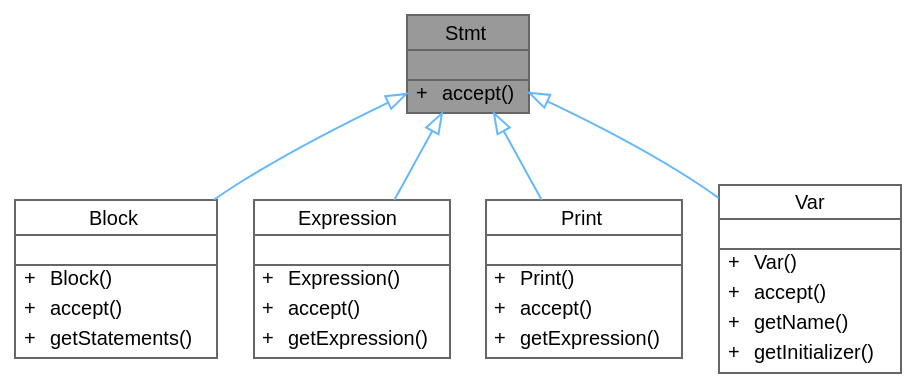
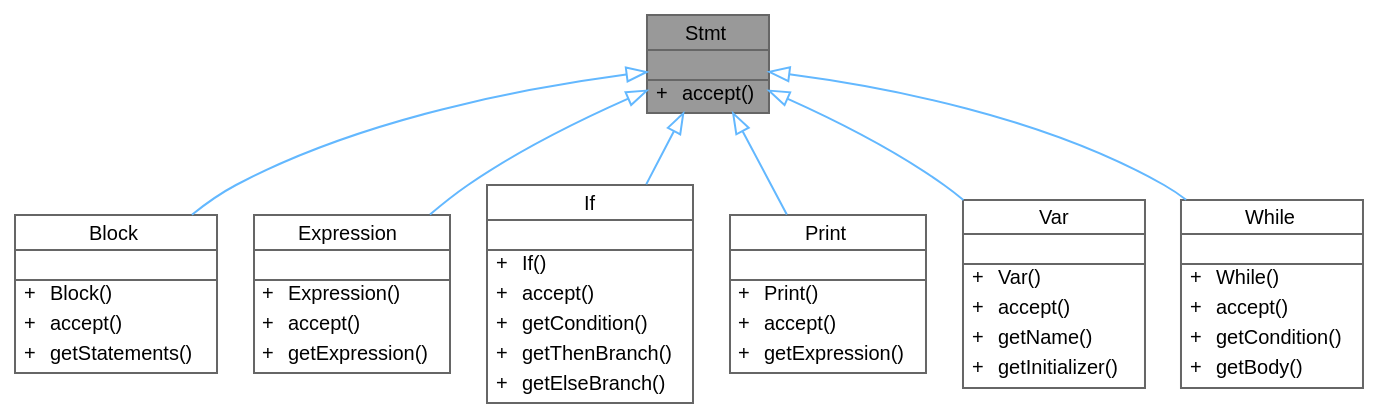
Before and after one commit to helcsnewsxd/gsc-interpreter: the diagram in classStmt__inherit__graph.dot, drawn with Graphviz. The commit also changed 87 other files, not shown here.

```diff
--- a/classStmt__inherit__graph.dot
+++ b/classStmt__inherit__graph.dot
@@ -1,55 +1,78 @@
 digraph "Stmt"
 {
  // LATEX_PDF_SIZE
   bgcolor="transparent";
   edge [fontname=Helvetica,fontsize=10,labelfontname=Helvetica,labelfontsize=10];
   node [fontname=Helvetica,fontsize=10,shape=box,height=0.2,width=0.4];
   Node1 [id="Node000001",shape=plain,label=<<TABLE CELLBORDER="0" BORDER="1"><TR><TD COLSPAN="2" CELLPADDING="1" CELLSPACING="0">Stmt</TD></TR>
 <HR/>
 <TR><TD COLSPAN="2" CELLPADDING="1" CELLSPACING="0">&nbsp;</TD></TR>
 <HR/>
 <TR><TD VALIGN="top" CELLPADDING="1" CELLSPACING="0">+</TD><TD VALIGN="top" ALIGN="LEFT" CELLPADDING="1" CELLSPACING="0">accept()<BR ALIGN="LEFT"/></TD></TR>
 </TABLE>>
 ,height=0.2,width=0.4,color="gray40", fillcolor="grey60", style="filled", fontcolor="black",tooltip="Abstract base class for statements."];
   Node1 -> Node2 [id="edge1_Node000001_Node000002",dir="back",color="steelblue1",style="solid",tooltip=" ",arrowtail="onormal"];
   Node2 [id="Node000002",shape=plain,label=<<TABLE CELLBORDER="0" BORDER="1"><TR><TD COLSPAN="2" CELLPADDING="1" CELLSPACING="0">Block</TD></TR>
 <HR/>
 <TR><TD COLSPAN="2" CELLPADDING="1" CELLSPACING="0">&nbsp;</TD></TR>
 <HR/>
 <TR><TD VALIGN="top" CELLPADDING="1" CELLSPACING="0">+</TD><TD VALIGN="top" ALIGN="LEFT" CELLPADDING="1" CELLSPACING="0">Block()<BR ALIGN="LEFT"/></TD></TR>
 <TR><TD VALIGN="top" CELLPADDING="1" CELLSPACING="0">+</TD><TD VALIGN="top" ALIGN="LEFT" CELLPADDING="1" CELLSPACING="0">accept()<BR ALIGN="LEFT"/></TD></TR>
 <TR><TD VALIGN="top" CELLPADDING="1" CELLSPACING="0">+</TD><TD VALIGN="top" ALIGN="LEFT" CELLPADDING="1" CELLSPACING="0">getStatements()<BR ALIGN="LEFT"/></TD></TR>
 </TABLE>>
 ,height=0.2,width=0.4,color="gray40", fillcolor="white", style="filled",URL="$classBlock.html",tooltip="Represents a block of statements."];
   Node1 -> Node3 [id="edge2_Node000001_Node000003",dir="back",color="steelblue1",style="solid",tooltip=" ",arrowtail="onormal"];
   Node3 [id="Node000003",shape=plain,label=<<TABLE CELLBORDER="0" BORDER="1"><TR><TD COLSPAN="2" CELLPADDING="1" CELLSPACING="0">Expression</TD></TR>
 <HR/>
 <TR><TD COLSPAN="2" CELLPADDING="1" CELLSPACING="0">&nbsp;</TD></TR>
 <HR/>
 <TR><TD VALIGN="top" CELLPADDING="1" CELLSPACING="0">+</TD><TD VALIGN="top" ALIGN="LEFT" CELLPADDING="1" CELLSPACING="0">Expression()<BR ALIGN="LEFT"/></TD></TR>
 <TR><TD VALIGN="top" CELLPADDING="1" CELLSPACING="0">+</TD><TD VALIGN="top" ALIGN="LEFT" CELLPADDING="1" CELLSPACING="0">accept()<BR ALIGN="LEFT"/></TD></TR>
 <TR><TD VALIGN="top" CELLPADDING="1" CELLSPACING="0">+</TD><TD VALIGN="top" ALIGN="LEFT" CELLPADDING="1" CELLSPACING="0">getExpression()<BR ALIGN="LEFT"/></TD></TR>
 </TABLE>>
 ,height=0.2,width=0.4,color="gray40", fillcolor="white", style="filled",URL="$classExpression.html",tooltip="Represents an expression statement."];
   Node1 -> Node4 [id="edge3_Node000001_Node000004",dir="back",color="steelblue1",style="solid",tooltip=" ",arrowtail="onormal"];
-  Node4 [id="Node000004",shape=plain,label=<<TABLE CELLBORDER="0" BORDER="1"><TR><TD COLSPAN="2" CELLPADDING="1" CELLSPACING="0">Print</TD></TR>
+  Node4 [id="Node000004",shape=plain,label=<<TABLE CELLBORDER="0" BORDER="1"><TR><TD COLSPAN="2" CELLPADDING="1" CELLSPACING="0">If</TD></TR>
+<HR/>
+<TR><TD COLSPAN="2" CELLPADDING="1" CELLSPACING="0">&nbsp;</TD></TR>
+<HR/>
+<TR><TD VALIGN="top" CELLPADDING="1" CELLSPACING="0">+</TD><TD VALIGN="top" ALIGN="LEFT" CELLPADDING="1" CELLSPACING="0">If()<BR ALIGN="LEFT"/></TD></TR>
+<TR><TD VALIGN="top" CELLPADDING="1" CELLSPACING="0">+</TD><TD VALIGN="top" ALIGN="LEFT" CELLPADDING="1" CELLSPACING="0">accept()<BR ALIGN="LEFT"/></TD></TR>
+<TR><TD VALIGN="top" CELLPADDING="1" CELLSPACING="0">+</TD><TD VALIGN="top" ALIGN="LEFT" CELLPADDING="1" CELLSPACING="0">getCondition()<BR ALIGN="LEFT"/></TD></TR>
+<TR><TD VALIGN="top" CELLPADDING="1" CELLSPACING="0">+</TD><TD VALIGN="top" ALIGN="LEFT" CELLPADDING="1" CELLSPACING="0">getThenBranch()<BR ALIGN="LEFT"/></TD></TR>
+<TR><TD VALIGN="top" CELLPADDING="1" CELLSPACING="0">+</TD><TD VALIGN="top" ALIGN="LEFT" CELLPADDING="1" CELLSPACING="0">getElseBranch()<BR ALIGN="LEFT"/></TD></TR>
+</TABLE>>
+,height=0.2,width=0.4,color="gray40", fillcolor="white", style="filled",URL="$classIf.html",tooltip="Represents an if statement."];
+  Node1 -> Node5 [id="edge4_Node000001_Node000005",dir="back",color="steelblue1",style="solid",tooltip=" ",arrowtail="onormal"];
+  Node5 [id="Node000005",shape=plain,label=<<TABLE CELLBORDER="0" BORDER="1"><TR><TD COLSPAN="2" CELLPADDING="1" CELLSPACING="0">Print</TD></TR>
 <HR/>
 <TR><TD COLSPAN="2" CELLPADDING="1" CELLSPACING="0">&nbsp;</TD></TR>
 <HR/>
 <TR><TD VALIGN="top" CELLPADDING="1" CELLSPACING="0">+</TD><TD VALIGN="top" ALIGN="LEFT" CELLPADDING="1" CELLSPACING="0">Print()<BR ALIGN="LEFT"/></TD></TR>
 <TR><TD VALIGN="top" CELLPADDING="1" CELLSPACING="0">+</TD><TD VALIGN="top" ALIGN="LEFT" CELLPADDING="1" CELLSPACING="0">accept()<BR ALIGN="LEFT"/></TD></TR>
 <TR><TD VALIGN="top" CELLPADDING="1" CELLSPACING="0">+</TD><TD VALIGN="top" ALIGN="LEFT" CELLPADDING="1" CELLSPACING="0">getExpression()<BR ALIGN="LEFT"/></TD></TR>
 </TABLE>>
 ,height=0.2,width=0.4,color="gray40", fillcolor="white", style="filled",URL="$classPrint.html",tooltip="Represents a print statement."];
-  Node1 -> Node5 [id="edge4_Node000001_Node000005",dir="back",color="steelblue1",style="solid",tooltip=" ",arrowtail="onormal"];
-  Node5 [id="Node000005",shape=plain,label=<<TABLE CELLBORDER="0" BORDER="1"><TR><TD COLSPAN="2" CELLPADDING="1" CELLSPACING="0">Var</TD></TR>
+  Node1 -> Node6 [id="edge5_Node000001_Node000006",dir="back",color="steelblue1",style="solid",tooltip=" ",arrowtail="onormal"];
+  Node6 [id="Node000006",shape=plain,label=<<TABLE CELLBORDER="0" BORDER="1"><TR><TD COLSPAN="2" CELLPADDING="1" CELLSPACING="0">Var</TD></TR>
 <HR/>
 <TR><TD COLSPAN="2" CELLPADDING="1" CELLSPACING="0">&nbsp;</TD></TR>
 <HR/>
 <TR><TD VALIGN="top" CELLPADDING="1" CELLSPACING="0">+</TD><TD VALIGN="top" ALIGN="LEFT" CELLPADDING="1" CELLSPACING="0">Var()<BR ALIGN="LEFT"/></TD></TR>
 <TR><TD VALIGN="top" CELLPADDING="1" CELLSPACING="0">+</TD><TD VALIGN="top" ALIGN="LEFT" CELLPADDING="1" CELLSPACING="0">accept()<BR ALIGN="LEFT"/></TD></TR>
 <TR><TD VALIGN="top" CELLPADDING="1" CELLSPACING="0">+</TD><TD VALIGN="top" ALIGN="LEFT" CELLPADDING="1" CELLSPACING="0">getName()<BR ALIGN="LEFT"/></TD></TR>
 <TR><TD VALIGN="top" CELLPADDING="1" CELLSPACING="0">+</TD><TD VALIGN="top" ALIGN="LEFT" CELLPADDING="1" CELLSPACING="0">getInitializer()<BR ALIGN="LEFT"/></TD></TR>
 </TABLE>>
 ,height=0.2,width=0.4,color="gray40", fillcolor="white", style="filled",URL="$classVar.html",tooltip="Represents a variable declaration statement."];
+  Node1 -> Node7 [id="edge6_Node000001_Node000007",dir="back",color="steelblue1",style="solid",tooltip=" ",arrowtail="onormal"];
+  Node7 [id="Node000007",shape=plain,label=<<TABLE CELLBORDER="0" BORDER="1"><TR><TD COLSPAN="2" CELLPADDING="1" CELLSPACING="0">While</TD></TR>
+<HR/>
+<TR><TD COLSPAN="2" CELLPADDING="1" CELLSPACING="0">&nbsp;</TD></TR>
+<HR/>
+<TR><TD VALIGN="top" CELLPADDING="1" CELLSPACING="0">+</TD><TD VALIGN="top" ALIGN="LEFT" CELLPADDING="1" CELLSPACING="0">While()<BR ALIGN="LEFT"/></TD></TR>
+<TR><TD VALIGN="top" CELLPADDING="1" CELLSPACING="0">+</TD><TD VALIGN="top" ALIGN="LEFT" CELLPADDING="1" CELLSPACING="0">accept()<BR ALIGN="LEFT"/></TD></TR>
+<TR><TD VALIGN="top" CELLPADDING="1" CELLSPACING="0">+</TD><TD VALIGN="top" ALIGN="LEFT" CELLPADDING="1" CELLSPACING="0">getCondition()<BR ALIGN="LEFT"/></TD></TR>
+<TR><TD VALIGN="top" CELLPADDING="1" CELLSPACING="0">+</TD><TD VALIGN="top" ALIGN="LEFT" CELLPADDING="1" CELLSPACING="0">getBody()<BR ALIGN="LEFT"/></TD></TR>
+</TABLE>>
+,height=0.2,width=0.4,color="gray40", fillcolor="white", style="filled",URL="$classWhile.html",tooltip=" "];
 }
```
